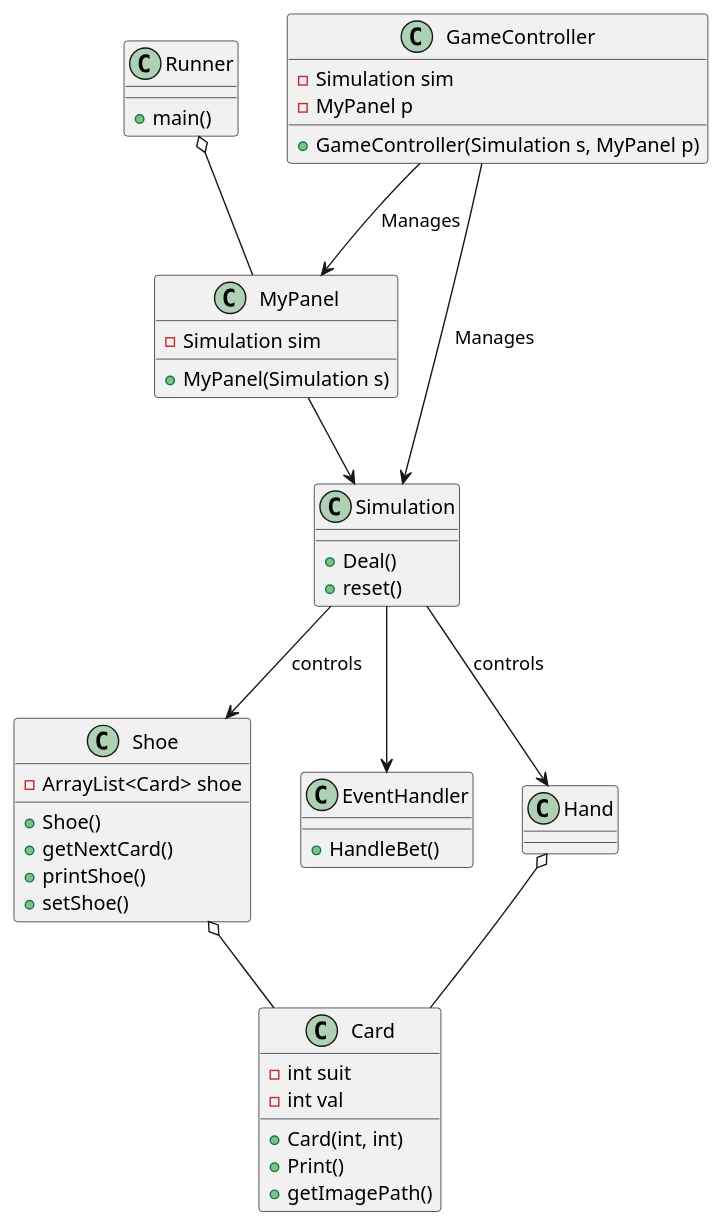
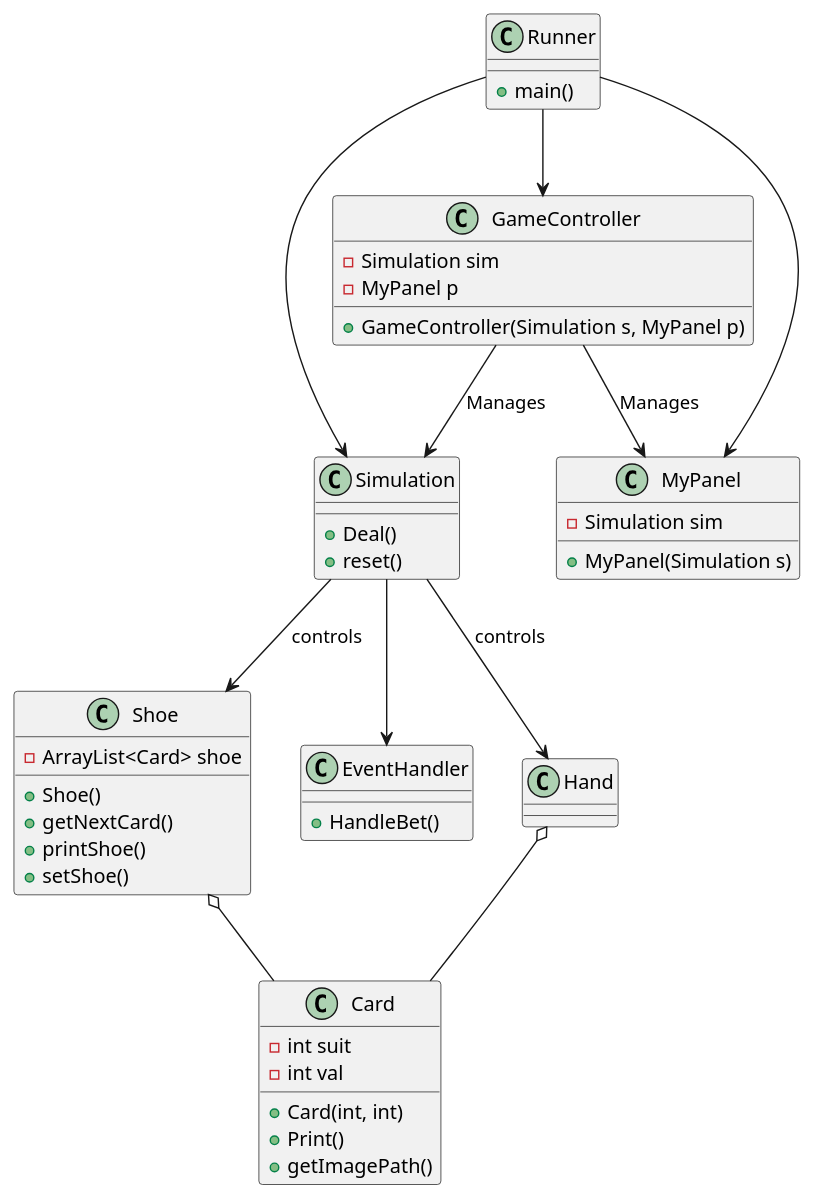
Before and after one commit to Zach-Farrell/blackjack-game: the diagram in src/support/uml/project.puml, drawn with PlantUML. The commit also changed 1 other file, not shown here.

Commit message:
updated uml and readme

```diff
--- a/src/support/uml/project.puml
+++ b/src/support/uml/project.puml
@@ -1,56 +1,57 @@
 @startuml
 class Shoe {
     -ArrayList<Card> shoe
     +Shoe()
     +getNextCard()
     +printShoe()
     +setShoe()
 }
 
 class Card {
     +Card(int, int)
     +Print()
     +getImagePath()
     -int suit
     -int val
 }
 
 class Simulation {
     +Deal()
     +reset()
 
 }
 
 class EventHandler {
     +HandleBet()
 }
 
 class MyPanel {
     +MyPanel(Simulation s)
     -Simulation sim
 }
 
 class Runner {
 	+main()
 }
 
 class GameController {
     +GameController(Simulation s, MyPanel p)
     -Simulation sim
     -MyPanel p
 }
 
 class Hand {
 
 }
 
 Shoe o-- Card
 Hand o-- Card
-MyPanel --> Simulation
 Simulation --> Shoe : controls
 Simulation --> Hand : controls
 Simulation --> EventHandler
-Runner o-- MyPanel
+Runner --> MyPanel
+Runner --> Simulation
+Runner --> GameController
 GameController --> MyPanel : Manages
 GameController --> Simulation : Manages
 @enduml
```
